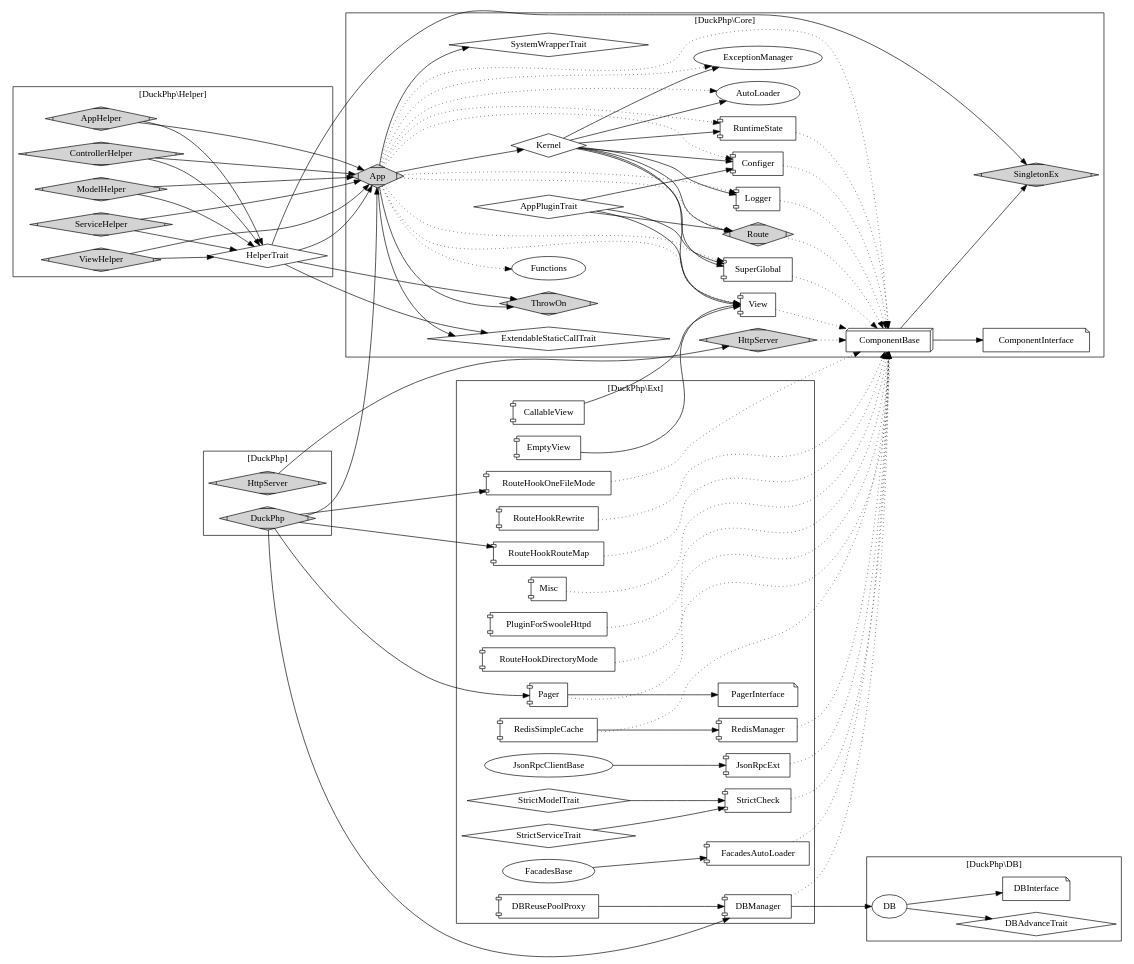
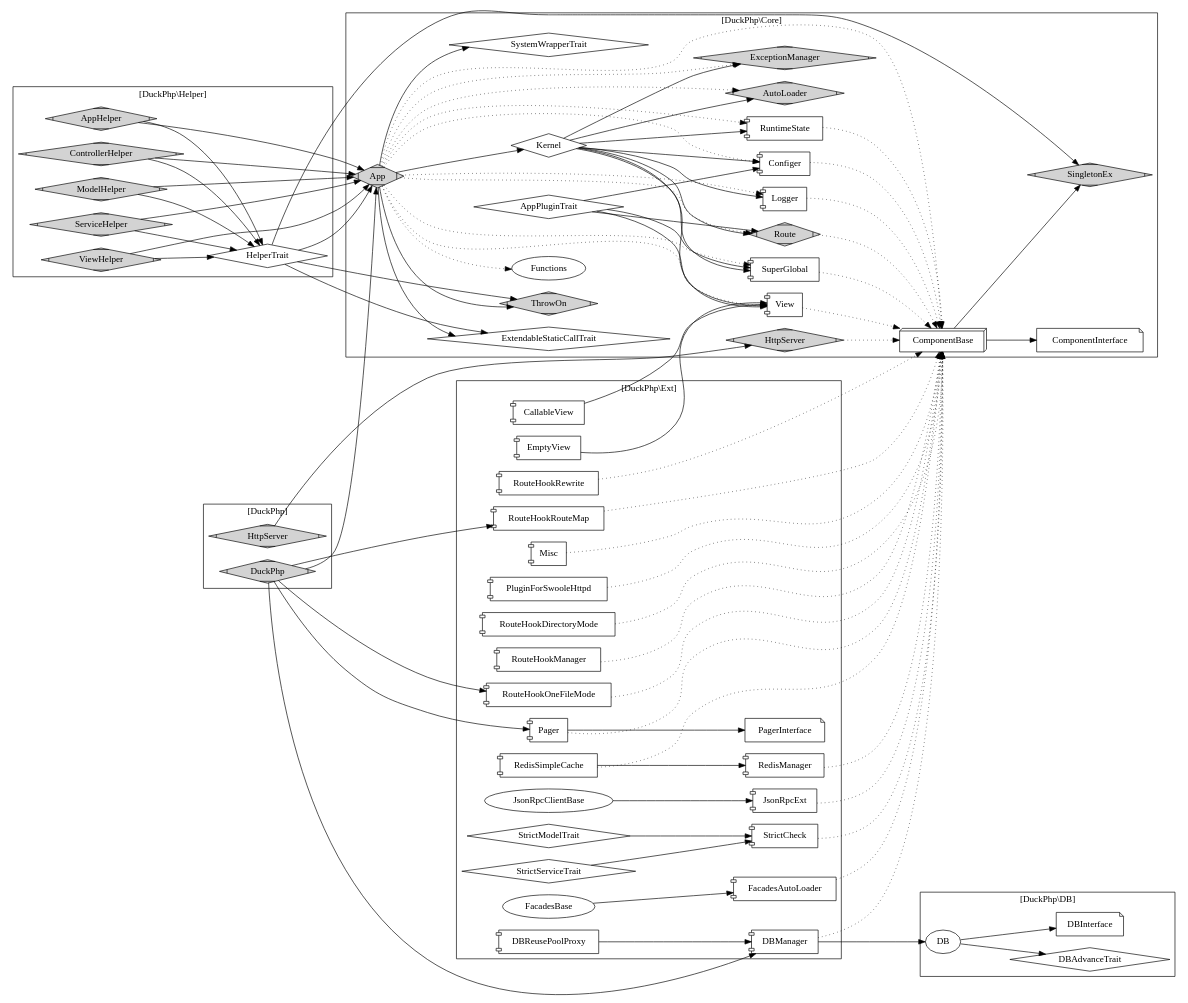
The diagram in doc/duckphp.gv (dvaknheo/duckphp), drawn with Graphviz before and after one commit. The commit also changed 4 other files, not shown here.

```diff
--- a/doc/duckphp.gv
+++ b/doc/duckphp.gv
@@ -10,8 +10,8 @@
     Core_App [label="App";shape=Mdiamond;style=filled]; 
     Core_Kernel [label="Kernel";shape="diamond"];
     Core_SingletonEx [label="SingletonEx";shape=Mdiamond;style=filled];
-    Core_AutoLoader [label="AutoLoader"];
-    Core_ExceptionManager [label="ExceptionManager"];
+    Core_AutoLoader [label="AutoLoader";shape=Mdiamond;style=filled];
+    Core_ExceptionManager [label="ExceptionManager";shape=Mdiamond;style=filled];
     Core_View [label="View";shape="component"];
     Core_Configer [label="Configer";shape="component"];
     Core_Logger [label="Logger";shape="component"];
@@ -146,6 +146,7 @@
     RedisManager[shape="component"];
     RedisSimpleCache[shape="component"];
     RouteHookDirectoryMode[shape="component"];
+    RouteHookManager[shape="component"];
     RouteHookOneFileMode[shape="component"];
     RouteHookRewrite[shape="component"];
     RouteHookRouteMap[shape="component"];
@@ -174,6 +175,7 @@
     PluginForSwooleHttpd -> Core_ComponentBase [style="dotted"];
     StrictCheck -> Core_ComponentBase [style="dotted"];
     RouteHookDirectoryMode -> Core_ComponentBase [style="dotted"];
+    RouteHookManager -> Core_ComponentBase [style="dotted"];
     RouteHookOneFileMode -> Core_ComponentBase [style="dotted"];
     RouteHookRewrite -> Core_ComponentBase [style="dotted"];
     RouteHookRouteMap -> Core_ComponentBase [style="dotted"];
```
